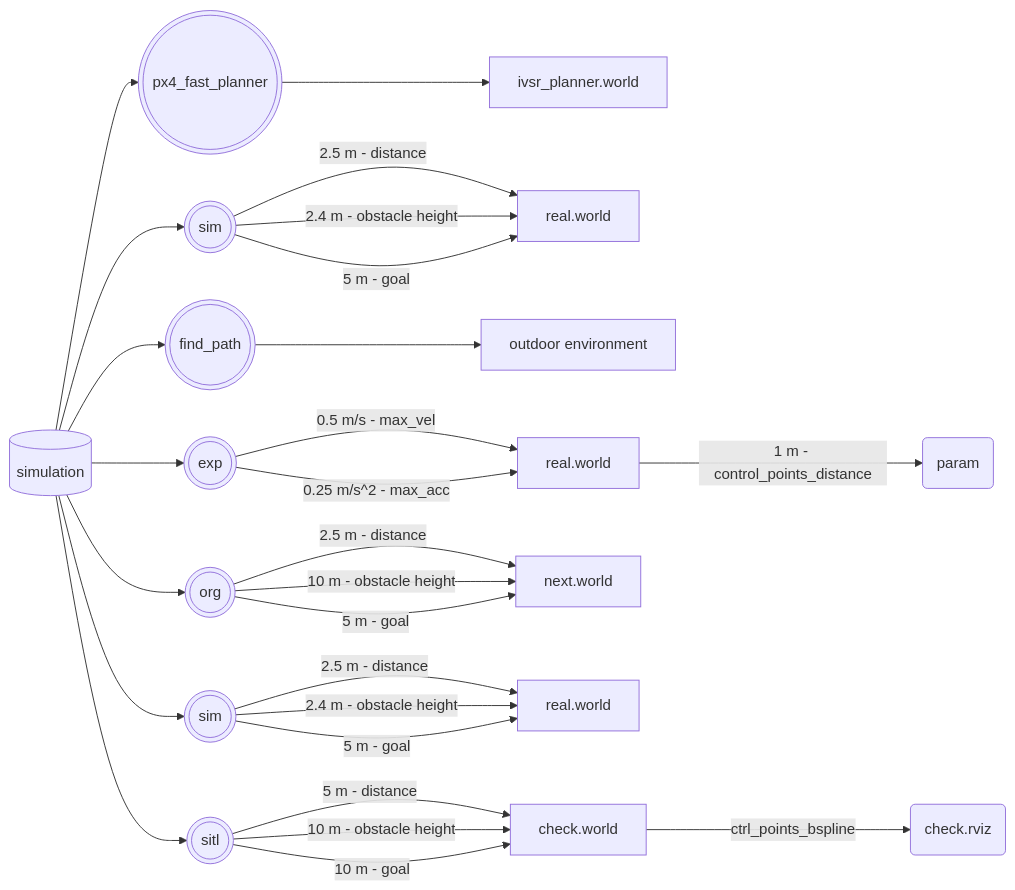
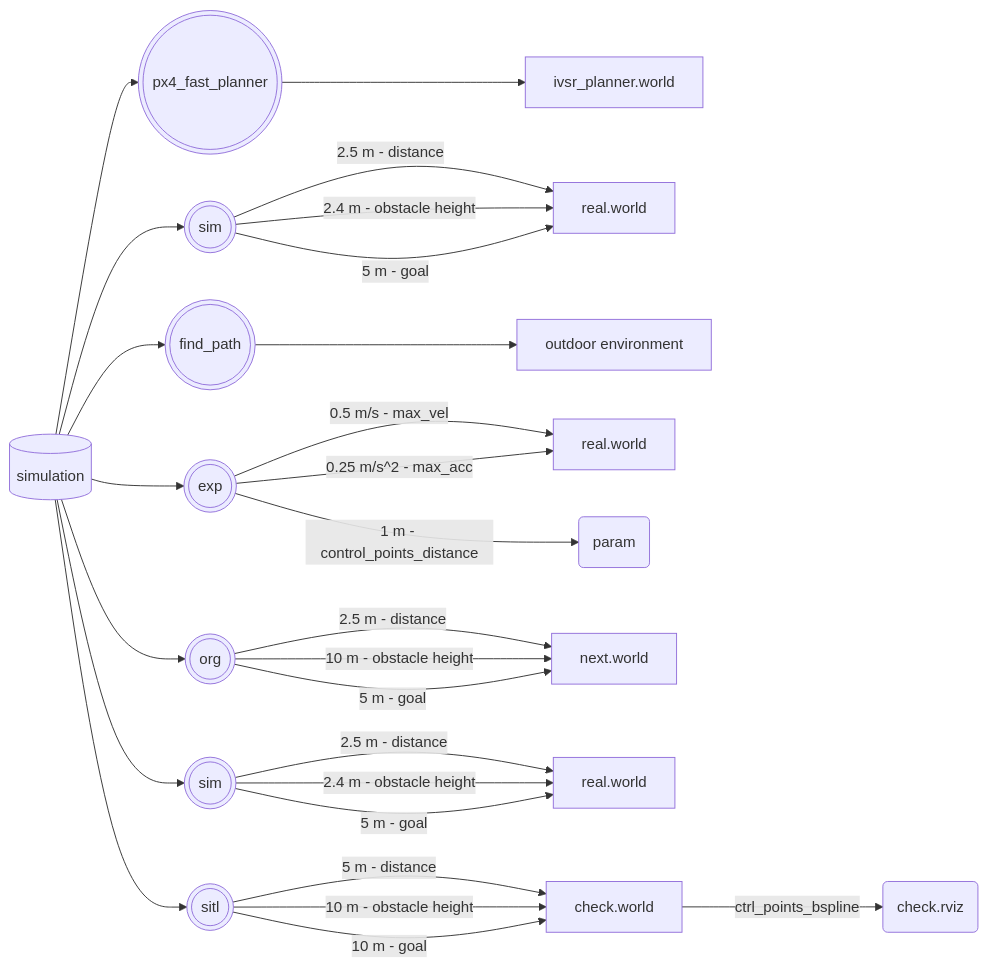
One commit to Dieptranivsr/drone_extend changed the third of 5 diagrams in sp_code/system.md. Above: the diagram before and after it, drawn with Mermaid.

````diff
--- a/sp_code/system.md
+++ b/sp_code/system.md
@@ -12,29 +12,29 @@
 ```mermaid
 flowchart LR 
 
-A[(simulation)] --> B(((px4_fast_planner)))
-B --> C[ivsr_planner.world]
-A --> D(((sim)))
-D -->|2.5 m - distance| E[real.world]
-D -->|2.4 m - obstacle height| E
-D -->|5 m - goal| E
-A --> F(((find_path)))
-F --> G[outdoor environment]
-A --> H(((exp)))
-H -->|0.5 m/s - max_vel| I[real.world]
-H -->|0.25 m/s^2 - max_acc| I
-I -->|1 m - control_points_distance| II(param)
-A --> J(((org)))
-J -->|2.5 m - distance| K[next.world]
-J -->|10 m - obstacle height| K
-J -->|5 m - goal| K
-A --> L(((sim)))
-L -->|2.5 m - distance| LL[real.world]
-L -->|2.4 m - obstacle height| LL
-L -->|5 m - goal| LL
-A --> M(((sitl)))
-M -->|5 m - distance| N[check.world]
-M -->|10 m - obstacle height| N
-M -->|10 m - goal| N
-N -->|ctrl_points_bspline| NN(check.rviz)
+id1[(simulation)] --> id2(((px4_fast_planner)))
+id2 --> id3[ivsr_planner.world]
+id1 --> id4(((sim)))
+id4 -->|2.5 m - distance| id5[real.world]
+id4 -->|2.4 m - obstacle height| id5
+id4 -->|5 m - goal| id5
+id1 --> id6(((find_path)))
+id6 --> id7[outdoor environment]
+id1 --> id8(((exp)))
+id8 -->|0.5 m/s - max_vel| id9[real.world]
+id8 -->|0.25 m/s^2 - max_acc| id9
+id8 -->|1 m - control_points_distance| id10(param)
+id1 --> id11(((org)))
+id11 -->|2.5 m - distance| id12[next.world]
+id11 -->|10 m - obstacle height| id12
+id11 -->|5 m - goal| id12
+id1 --> id13(((sim)))
+id13 -->|2.5 m - distance| id14[real.world]
+id13 -->|2.4 m - obstacle height| id14
+id13 -->|5 m - goal| id14
+id1 --> id15(((sitl)))
+id15 -->|5 m - distance| id16[check.world]
+id15 -->|10 m - obstacle height| id16
+id15 -->|10 m - goal| id16
+id16 -->|ctrl_points_bspline| id17(check.rviz)
 ```
````
